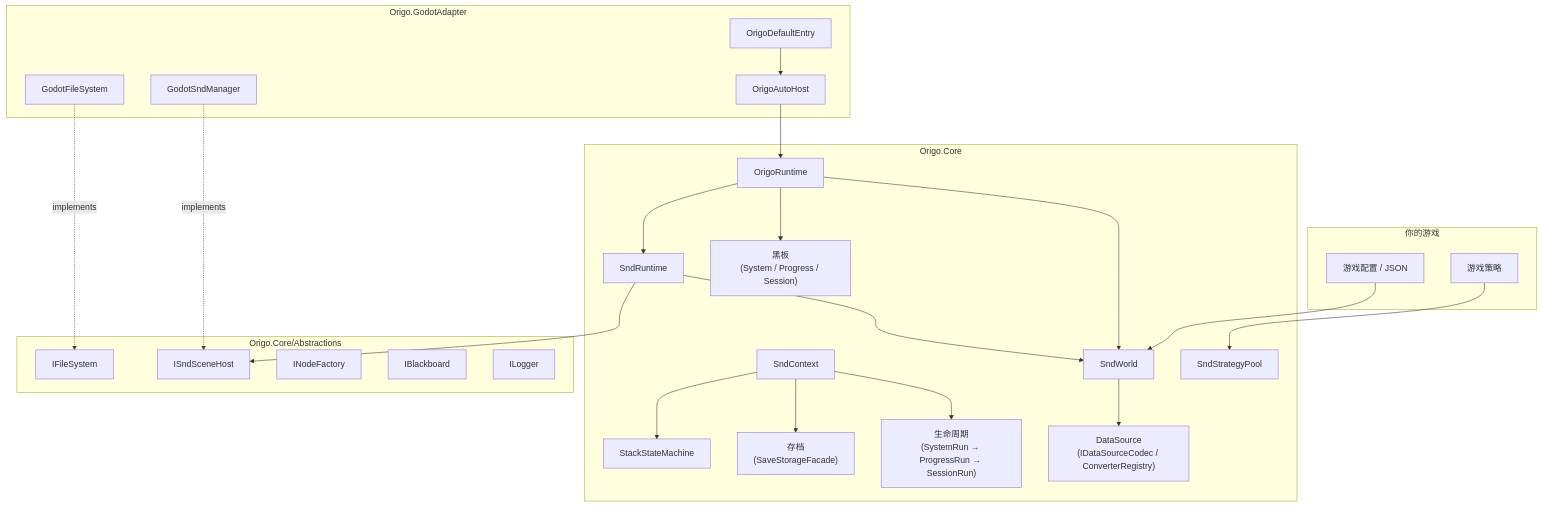
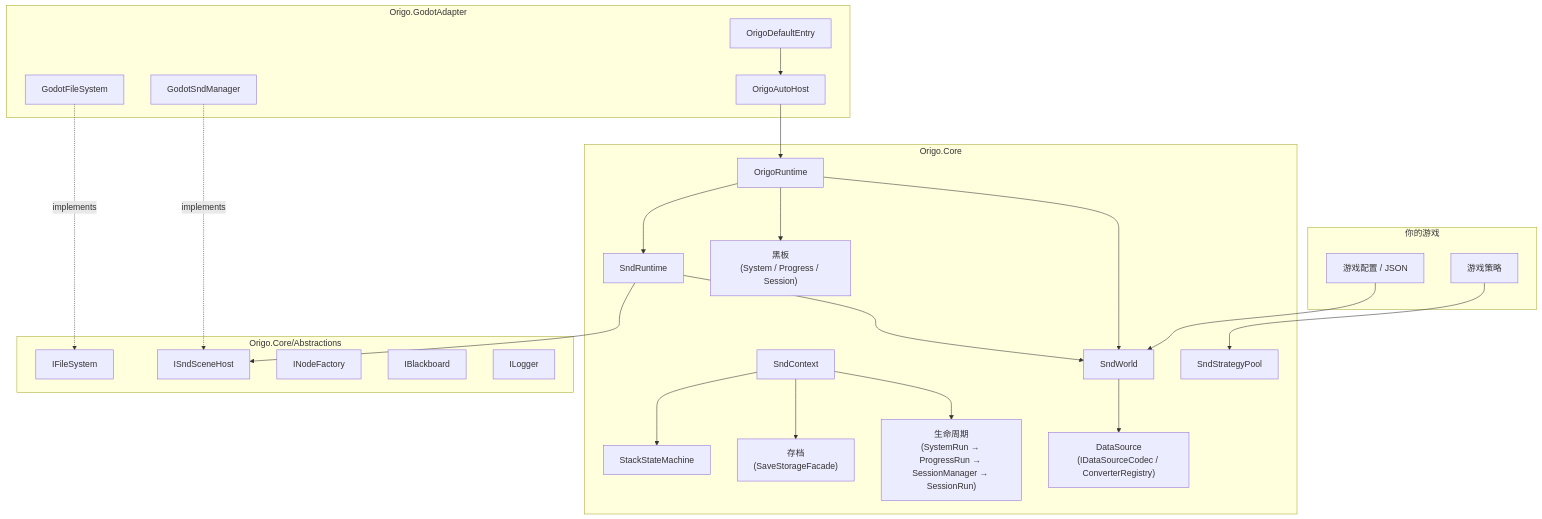
One commit to 51193/origo.stable changed the first of 2 diagrams in README.zh-CN.md. Above: the diagram before and after it, drawn with Mermaid. The commit also changed other lines of this file and 116 other files, not shown here.

````diff
--- a/README.zh-CN.md
+++ b/README.zh-CN.md
@@ -245,45 +244,45 @@
 ```mermaid
 flowchart TB
     subgraph game ["你的游戏"]
         GS[游戏策略]
         GC[游戏配置 / JSON]
     end
 
     subgraph adapter ["Origo.GodotAdapter"]
         Entry[OrigoDefaultEntry]
         Host[OrigoAutoHost]
         GFS[GodotFileSystem]
         GSM[GodotSndManager]
     end
 
     subgraph core ["Origo.Core"]
         RT[OrigoRuntime]
         SW[SndWorld]
         SR[SndRuntime]
         SC[SndContext]
         SP[SndStrategyPool]
         BB["黑板<br/>(System / Progress / Session)"]
         SM[StackStateMachine]
         SV["存档<br/>(SaveStorageFacade)"]
-        LC["生命周期<br/>(SystemRun → ProgressRun → SessionRun)"]
+        LC["生命周期<br/>(SystemRun → ProgressRun → SessionManager → SessionRun)"]
         DS["DataSource<br/>(IDataSourceCodec / ConverterRegistry)"]
     end
 
     subgraph abs ["Origo.Core/Abstractions"]
         IF[IFileSystem]
         ISH[ISndSceneHost]
         INF[INodeFactory]
         IB[IBlackboard]
         IL[ILogger]
     end
 
     GS --> SP
     GC --> SW
     Entry --> Host --> RT
     RT --> SW & SR & BB
     SW --> DS
     SC --> LC & SV & SM
     SR --> SW & ISH
     GSM -.implements.-> ISH
     GFS -.implements.-> IF
 ```
````
